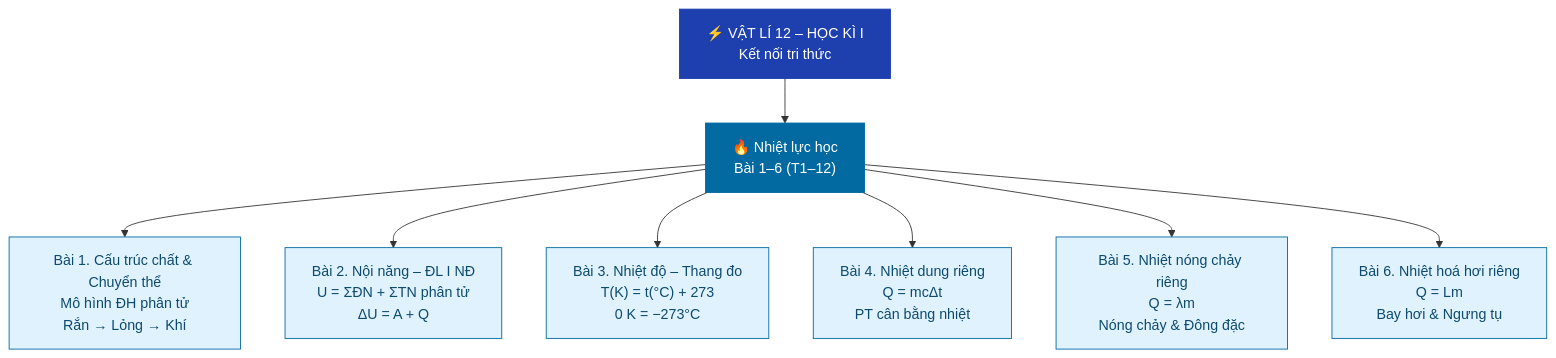
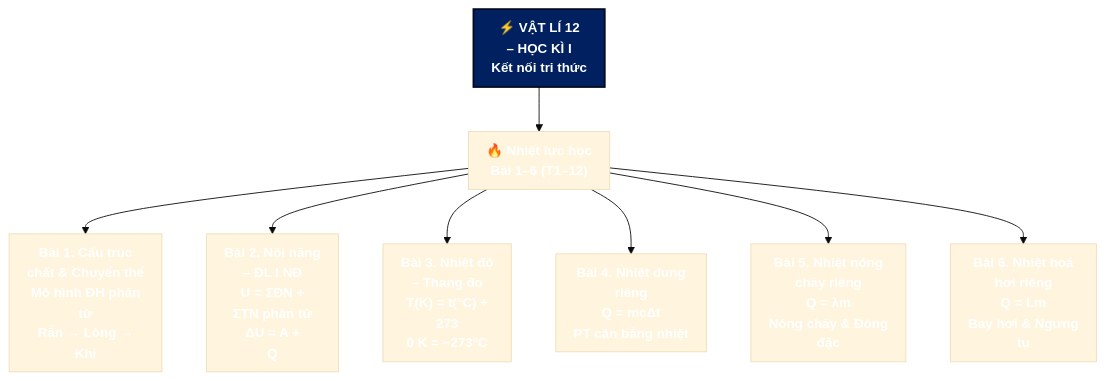
One commit to Trangtu66/Taode_thi_online changed the fourth of 30 diagrams in README.md. Above: the diagram before and after it, drawn with Mermaid. The commit also changed other lines of this file and 299 other files, not shown here.

````diff
--- a/README.md
+++ b/README.md
@@ -146,17 +166,25 @@
 ```mermaid
+%%{init: {"theme": "base", "htmlLabels": true, "flowchart": {"htmlLabels": true, "padding": 10, "curve": "basis"}, "themeVariables": {"fontSize": "15px"}}}%%
 graph TD
-    VL12["⚡ VẬT LÍ 12 – HỌC KÌ I<br/>Kết nối tri thức"]:::root
+    VL12["⚡ VẬT LÍ 12<br/>– HỌC KÌ I<br/>Kết nối tri thức"]:::root
     VL12 --> NLD["🔥 Nhiệt lực học<br/>Bài 1–6 (T1–12)"]:::nhom
 
-    NLD --> V1["Bài 1. Cấu trúc chất & Chuyển thể<br/>Mô hình ĐH phân tử<br/>Rắn → Lỏng → Khí"]:::bai
-    NLD --> V2["Bài 2. Nội năng – ĐL I NĐ
-U = ΣĐN + ΣTN phân tử<br/>ΔU = A + Q"]:::bai
-    NLD --> V3["Bài 3. Nhiệt độ – Thang đo<br/>T(K) = t(°C) + 273<br/>0 K = −273°C"]:::bai
-    NLD --> V4["Bài 4. Nhiệt dung riêng<br/>Q = mcΔt<br/>PT cân bằng nhiệt"]:::bai
-    NLD --> V5["Bài 5. Nhiệt nóng chảy riêng<br/>Q = λm<br/>Nóng chảy & Đông đặc"]:::bai
-    NLD --> V6["Bài 6. Nhiệt hoá hơi riêng<br/>Q = Lm<br/>Bay hơi & Ngưng tụ"]:::bai
+    NLD --> V1["Bài 1. Cấu trúc<br/>chất & Chuyển thể<br/>Mô hình ĐH phân<br/>tử<br/>Rắn → Lỏng →<br/>Khí"]:::bai
+    NLD --> V2["Bài 2. Nội năng<br/>– ĐL I NĐ<br/>U = ΣĐN +<br/>ΣTN phân tử<br/>ΔU = A +<br/>Q"]:::bai
+    NLD --> V3["Bài 3. Nhiệt độ<br/>– Thang đo<br/>T(K) = t(°C) +<br/>273<br/>0 K = −273°C"]:::bai
+    NLD --> V4["Bài 4. Nhiệt dung<br/>riêng<br/>Q = mcΔt<br/>PT cân bằng nhiệt"]:::bai
+    NLD --> V5["Bài 5. Nhiệt nóng<br/>chảy riêng<br/>Q = λm<br/>Nóng chảy & Đông<br/>đặc"]:::bai
+    NLD --> V6["Bài 6. Nhiệt hoá<br/>hơi riêng<br/>Q = Lm<br/>Bay hơi & Ngưng<br/>tụ"]:::bai
 
-    classDef root fill:#1E40AF,color:#fff,stroke:#1E40AF
-    classDef nhom fill:#0369A1,color:#fff,stroke:#0369A1
-    classDef bai  fill:#E0F2FE,color:#0C4A6E,stroke:#0369A1
+    classDef root fill:#002060,color:#FFFFFF,stroke:#000B1E,stroke-width:2px,font-weight:bold
+    classDef n1 fill:#E2EFDA,color:#000000,stroke:#375623,stroke-width:3px,font-weight:bold
+    classDef n2 fill:#FFF2CC,color:#000000,stroke:#BF8F00,stroke-width:3px,font-weight:bold
+    classDef n3 fill:#E2EFDA,color:#000000,stroke:#375623,stroke-width:3px,font-weight:bold
+    classDef n4 fill:#FFF2CC,color:#000000,stroke:#BF8F00,stroke-width:3px,font-weight:bold
+    classDef n5 fill:#E2EFDA,color:#000000,stroke:#375623,stroke-width:3px,font-weight:bold
+    classDef l1 fill:#EDF5E8,color:#000000,stroke:#548235
+    classDef l2 fill:#FFF8E1,color:#000000,stroke:#BF8F00
+    classDef l3 fill:#E3EEF9,color:#000000,stroke:#2F5597
+    classDef l4 fill:#F3E8F7,color:#000000,stroke:#7030A0
+    classDef l5 fill:#FDE9E1,color:#000000,stroke:#C55A11
 ```
````
